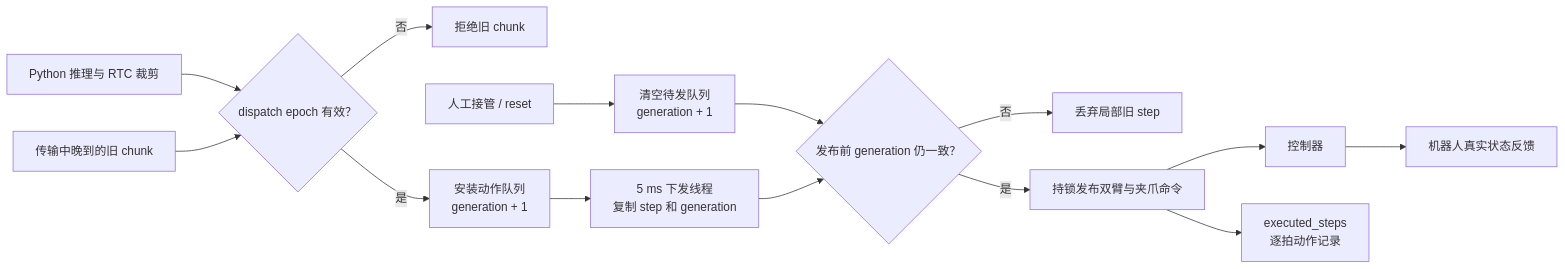
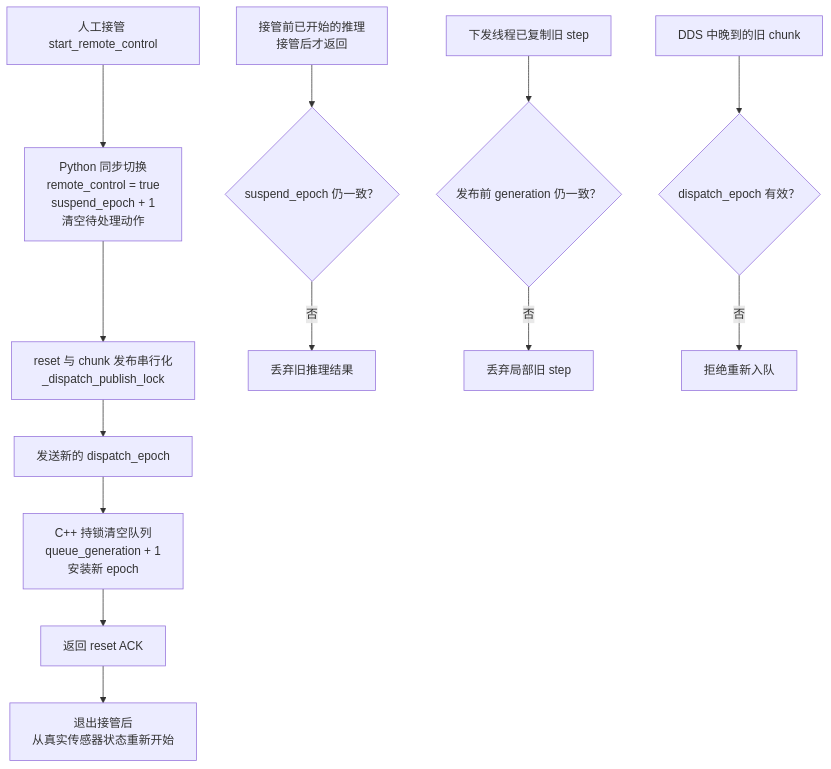
One commit to xiaojunjie222/xiaojunjie222 changed the diagram in notes/robot-action-dispatch-improvements.md. Above: the diagram before and after it, drawn with Mermaid. The commit also changed other lines of this file and 2 other files, not shown here.

Commit message:
docs: correct takeover race explanation

````diff
--- a/notes/robot-action-dispatch-improvements.md
+++ b/notes/robot-action-dispatch-improvements.md
@@ -7,16 +7,19 @@
 ```mermaid
-flowchart LR
-    P["Python 推理与 RTC 裁剪"] --> E{"dispatch epoch 有效？"}
-    L["传输中晚到的旧 chunk"] --> E
-    E -- "否" --> X["拒绝旧 chunk"]
-    E -- "是" --> Q["安装动作队列<br/>generation + 1"]
-    Q --> T["5 ms 下发线程<br/>复制 step 和 generation"]
-    R["人工接管 / reset"] --> C["清空待发队列<br/>generation + 1"]
-    C --> G{"发布前 generation 仍一致？"}
-    T --> G
-    G -- "否" --> Y["丢弃局部旧 step"]
-    G -- "是" --> D["持锁发布双臂与夹爪命令"]
-    D --> K["控制器"]
-    D --> M["executed_steps<br/>逐拍动作记录"]
-    K --> S["机器人真实状态反馈"]
+flowchart TB
+    A["人工接管 start_remote_control"] --> B["Python 同步切换<br/>remote_control = true<br/>suspend_epoch + 1<br/>清空待处理动作"]
+    B --> C["reset 与 chunk 发布串行化<br/>_dispatch_publish_lock"]
+    C --> D["发送新的 dispatch_epoch"]
+    D --> E["C++ 持锁清空队列<br/>queue_generation + 1<br/>安装新 epoch"]
+    E --> F["返回 reset ACK"]
+
+    P["接管前已开始的推理<br/>接管后才返回"] --> P1{"suspend_epoch 仍一致？"}
+    P1 -- "否" --> P2["丢弃旧推理结果"]
+
+    Q["下发线程已复制旧 step"] --> Q1{"发布前 generation 仍一致？"}
+    Q1 -- "否" --> Q2["丢弃局部旧 step"]
+
+    R["DDS 中晚到的旧 chunk"] --> R1{"dispatch_epoch 有效？"}
+    R1 -- "否" --> R2["拒绝重新入队"]
+
+    F --> S["退出接管后<br/>从真实传感器状态重新开始"]
 ```
````
